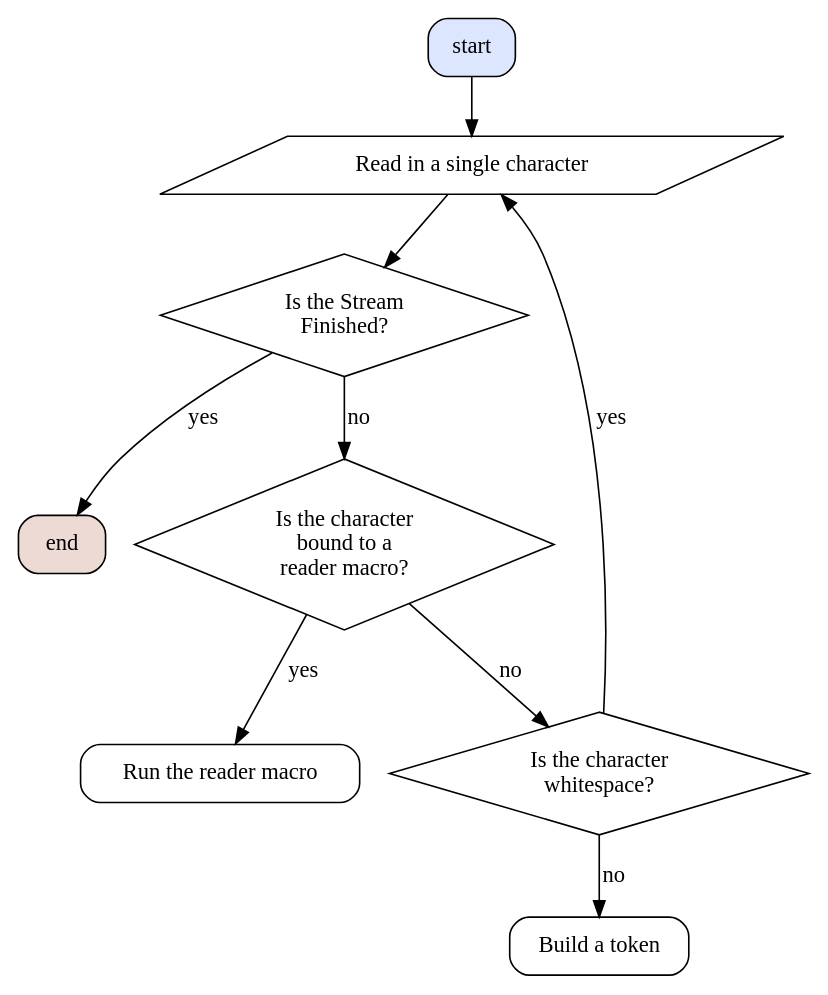
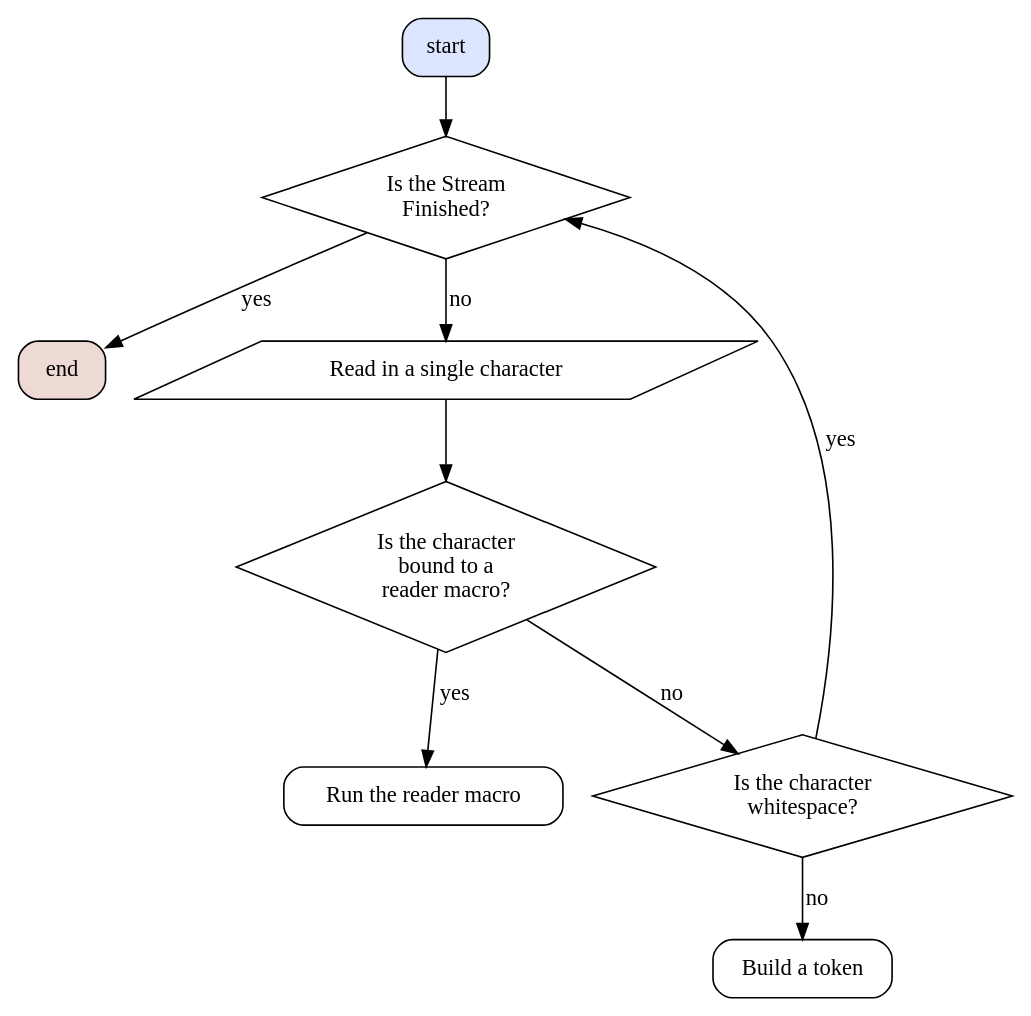
The diagram in assets/LispReader.dot (pqnelson/pqnelson.github.com), drawn with Graphviz before and after one commit. The commit also changed 3 other files, not shown here.

Commit message:
[typo] Corrected flowcharts for the Lisp Reader's read algorithm

```diff
--- a/assets/LispReader.dot
+++ b/assets/LispReader.dot
@@ -1,21 +1,21 @@
 digraph {
     start[shape="box", style="rounded,filled", fillcolor="#0044ff22"];
     end[shape="box", style="rounded,filled", fillcolor="#eddad5"];
     eof[shape="diamond", style="", label="Is the Stream\nFinished?"];
     input[shape="parallelogram", style="", label="Read in a single character"];
 
     macro[shape="diamond", style="", label="Is the character\nbound to a\nreader macro?"];
     run[shape="box", style="rounded", label="Run the reader macro"];
     whitespace[shape="diamond", style="", label="Is the character\n whitespace?"];
     buildtoken[shape=box, style=rounded, label="Build a token"];
 
 
-    start -> input;
-    input -> eof;
+    start -> eof;
+    input -> macro;
     eof -> end[label="yes"];
-    eof -> macro[label="no"];
+    eof -> input[label="no"];
     macro -> whitespace[label="no"];
     macro -> run[label="yes"];
     whitespace -> buildtoken[label="no"];
-    whitespace -> input[label="yes"];
+    whitespace -> eof[label="yes"];
 }
```
